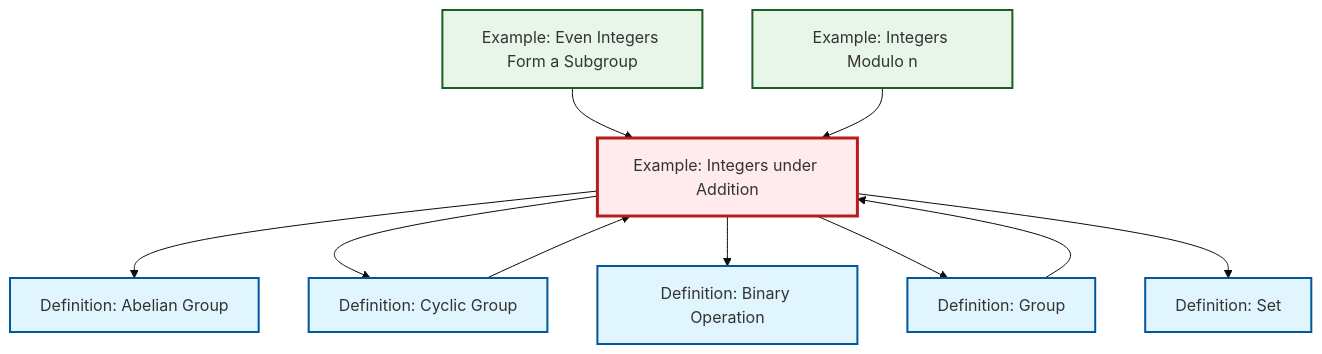
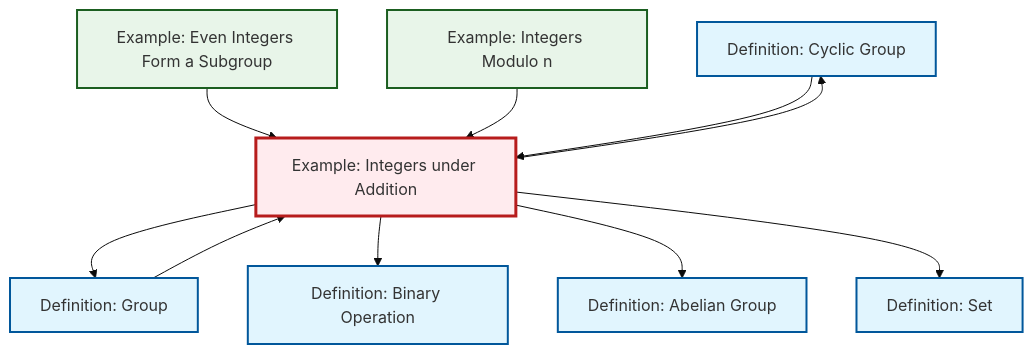
The diagram in content/en/algebra/ex-integers-addition.qmd (RK0429/ModernMath), drawn with Mermaid (base theme) before and after one commit. The commit also changed other lines of this file and 491 other files, not shown here.

````diff
--- a/content/en/algebra/ex-integers-addition.qmd
+++ b/content/en/algebra/ex-integers-addition.qmd
@@ -73,34 +73,34 @@
 ```{mermaid}
 %%| fig-cap: "Local dependency graph"
 graph TD
     classDef definition fill:#e1f5fe,stroke:#01579b,stroke-width:2px
     classDef theorem fill:#f3e5f5,stroke:#4a148c,stroke-width:2px
     classDef axiom fill:#fff3e0,stroke:#e65100,stroke-width:2px
     classDef example fill:#e8f5e9,stroke:#1b5e20,stroke-width:2px
     classDef current fill:#ffebee,stroke:#b71c1c,stroke-width:3px
+    def-binary-operation["Definition: Binary Operation"]:::definition
+    def-abelian-group["Definition: Abelian Group"]:::definition
+    def-cyclic-group["Definition: Cyclic Group"]:::definition
+    ex-even-integers-subgroup["Example: Even Integers Form a Subgroup"]:::example
+    def-group["Definition: Group"]:::definition
     ex-integers-addition["Example: Integers under Addition"]:::example
     def-set["Definition: Set"]:::definition
-    def-group["Definition: Group"]:::definition
-    def-cyclic-group["Definition: Cyclic Group"]:::definition
-    def-binary-operation["Definition: Binary Operation"]:::definition
-    def-abelian-group["Definition: Abelian Group"]:::definition
-    ex-even-integers-subgroup["Example: Even Integers Form a Subgroup"]:::example
     ex-quotient-integers-mod-n["Example: Integers Modulo n"]:::example
+    ex-even-integers-subgroup --> ex-integers-addition
+    ex-integers-addition --> def-group
+    def-group --> ex-integers-addition
+    ex-integers-addition --> def-binary-operation
+    ex-quotient-integers-mod-n --> ex-integers-addition
+    ex-integers-addition --> def-abelian-group
     def-cyclic-group --> ex-integers-addition
-    ex-integers-addition --> def-abelian-group
+    ex-integers-addition --> def-set
     ex-integers-addition --> def-cyclic-group
-    ex-integers-addition --> def-binary-operation
-    ex-integers-addition --> def-group
-    ex-integers-addition --> def-set
-    def-group --> ex-integers-addition
-    ex-even-integers-subgroup --> ex-integers-addition
-    ex-quotient-integers-mod-n --> ex-integers-addition
     class ex-integers-addition current
-    click def-set "def-set.html" "Go to Set definition"
-    click def-group "def-group.html" "Go to Group definition"
-    click def-cyclic-group "def-cyclic-group.html" "Go to Cyclic Group definition"
     click def-binary-operation "def-binary-operation.html" "Go to Binary Operation definition"
     click def-abelian-group "def-abelian-group.html" "Go to Abelian Group definition"
+    click def-cyclic-group "def-cyclic-group.html" "Go to Cyclic Group definition"
     click ex-even-integers-subgroup "ex-even-integers-subgroup.html" "Go to Even Integers Form a Subgroup example"
+    click def-group "def-group.html" "Go to Group definition"
+    click def-set "def-set.html" "Go to Set definition"
     click ex-quotient-integers-mod-n "ex-quotient-integers-mod-n.html" "Go to Integers Modulo n example"
 ```
````
